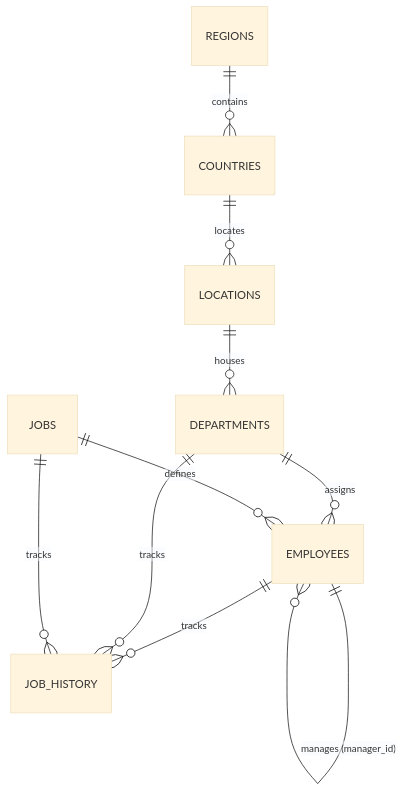
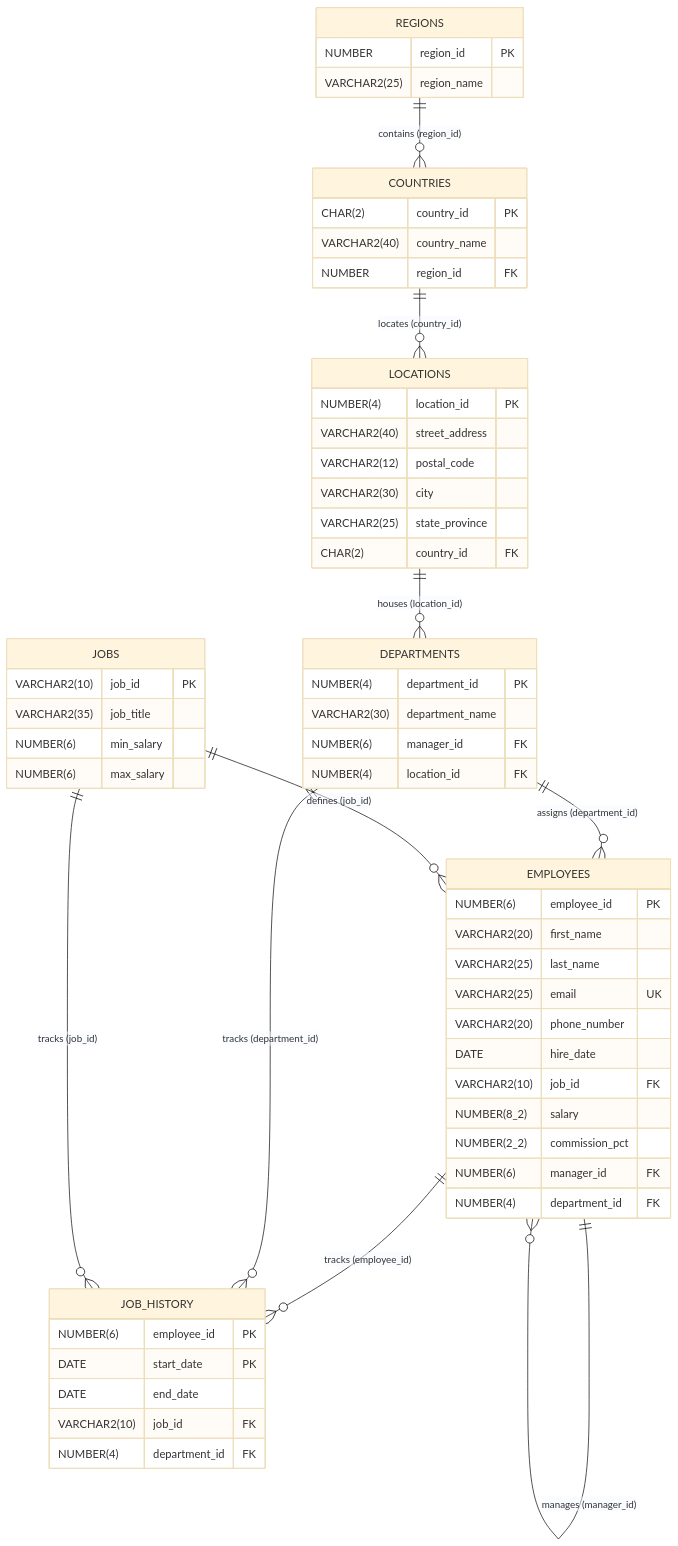
Before and after one commit to chatelao/sql-schulung: the diagram in 1Z0-171/docs/schemas/hr-schema.md, drawn with Mermaid (base theme). The commit also changed other lines of this file and 55 other files, not shown here.

````diff
--- a/1Z0-171/docs/schemas/hr-schema.md
+++ b/1Z0-171/docs/schemas/hr-schema.md
@@ -9,12 +9,62 @@
 ```mermaid
 erDiagram
-    REGIONS ||--o{ COUNTRIES : "contains"
-    COUNTRIES ||--o{ LOCATIONS : "locates"
-    LOCATIONS ||--o{ DEPARTMENTS : "houses"
-    DEPARTMENTS ||--o{ EMPLOYEES : "assigns"
-    JOBS ||--o{ EMPLOYEES : "defines"
+    REGIONS ||--o{ COUNTRIES : "contains (region_id)"
+    COUNTRIES ||--o{ LOCATIONS : "locates (country_id)"
+    LOCATIONS ||--o{ DEPARTMENTS : "houses (location_id)"
+    DEPARTMENTS ||--o{ EMPLOYEES : "assigns (department_id)"
+    JOBS ||--o{ EMPLOYEES : "defines (job_id)"
     EMPLOYEES ||--o{ EMPLOYEES : "manages (manager_id)"
-    EMPLOYEES ||--o{ JOB_HISTORY : "tracks"
-    DEPARTMENTS ||--o{ JOB_HISTORY : "tracks"
-    JOBS ||--o{ JOB_HISTORY : "tracks"
+    EMPLOYEES ||--o{ JOB_HISTORY : "tracks (employee_id)"
+    DEPARTMENTS ||--o{ JOB_HISTORY : "tracks (department_id)"
+    JOBS ||--o{ JOB_HISTORY : "tracks (job_id)"
+
+    EMPLOYEES {
+        NUMBER(6) employee_id PK
+        VARCHAR2(20) first_name
+        VARCHAR2(25) last_name
+        VARCHAR2(25) email UK
+        VARCHAR2(20) phone_number
+        DATE hire_date
+        VARCHAR2(10) job_id FK
+        NUMBER(8_2) salary
+        NUMBER(2_2) commission_pct
+        NUMBER(6) manager_id FK
+        NUMBER(4) department_id FK
+    }
+    DEPARTMENTS {
+        NUMBER(4) department_id PK
+        VARCHAR2(30) department_name
+        NUMBER(6) manager_id FK
+        NUMBER(4) location_id FK
+    }
+    JOBS {
+        VARCHAR2(10) job_id PK
+        VARCHAR2(35) job_title
+        NUMBER(6) min_salary
+        NUMBER(6) max_salary
+    }
+    JOB_HISTORY {
+        NUMBER(6) employee_id PK
+        DATE start_date PK
+        DATE end_date
+        VARCHAR2(10) job_id FK
+        NUMBER(4) department_id FK
+    }
+    LOCATIONS {
+        NUMBER(4) location_id PK
+        VARCHAR2(40) street_address
+        VARCHAR2(12) postal_code
+        VARCHAR2(30) city
+        VARCHAR2(25) state_province
+        CHAR(2) country_id FK
+    }
+    COUNTRIES {
+        CHAR(2) country_id PK
+        VARCHAR2(40) country_name
+        NUMBER region_id FK
+    }
+    REGIONS {
+        NUMBER region_id PK
+        VARCHAR2(25) region_name
+    }
 ```
````
